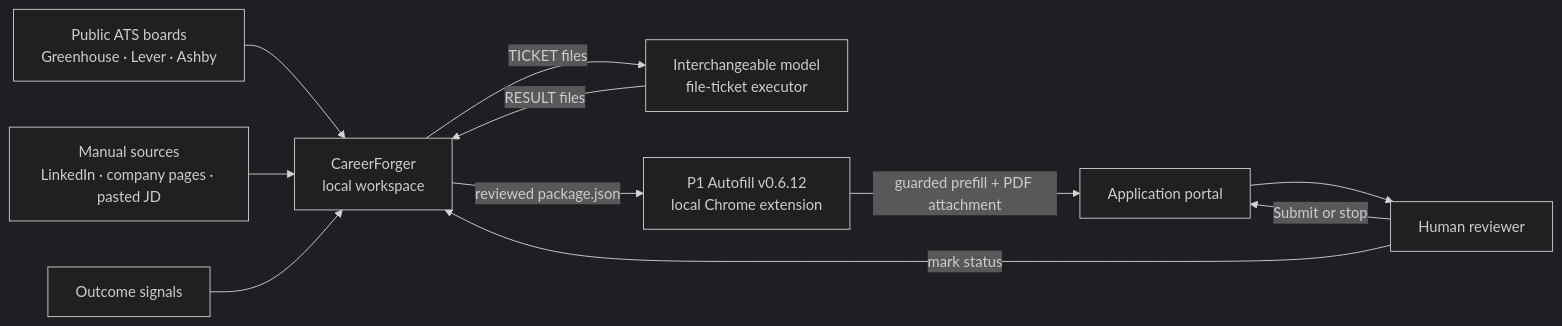
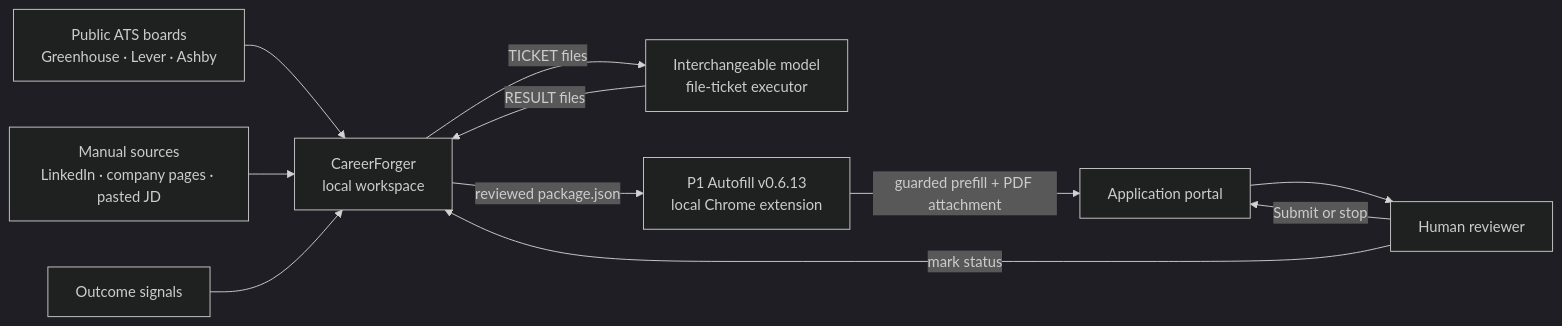
One commit to devothamgn321/CareerForger changed the first of 4 diagrams in docs/ARCHITECTURE.md. Above: the diagram before and after it, drawn with Mermaid (dark theme). The commit also changed other lines of this file and 9 other files, not shown here.

````diff
--- a/docs/ARCHITECTURE.md
+++ b/docs/ARCHITECTURE.md
@@ -117,22 +117,22 @@
 ```mermaid
 flowchart LR
     ATS[Public ATS boards<br/>Greenhouse · Lever · Ashby]
     MANUAL[Manual sources<br/>LinkedIn · company pages · pasted JD]
     CF[CareerForger<br/>local workspace]
     MODEL[Interchangeable model<br/>file-ticket executor]
-    EXT[P1 Autofill v0.6.12<br/>local Chrome extension]
+    EXT[P1 Autofill v0.6.13<br/>local Chrome extension]
     PORTAL[Application portal]
     HUMAN[Human reviewer]
     OUTCOME[Outcome signals]
 
     ATS --> CF
     MANUAL --> CF
     CF -->|TICKET files| MODEL
     MODEL -->|RESULT files| CF
     CF -->|reviewed package.json| EXT
     EXT -->|guarded prefill + PDF attachment| PORTAL
     PORTAL --> HUMAN
     HUMAN -->|Submit or stop| PORTAL
     HUMAN -->|mark status| CF
     OUTCOME --> CF
 ```
````
